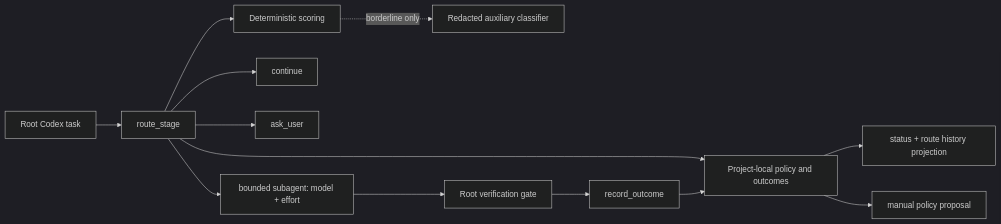
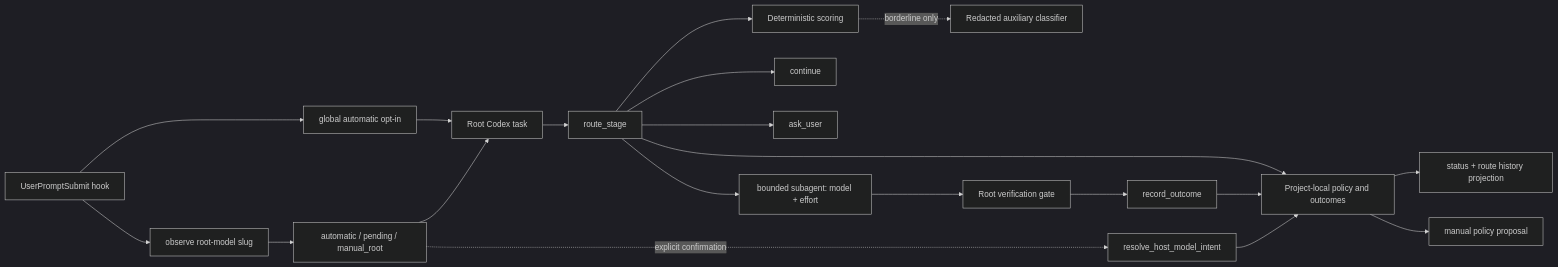
The diagram in docs/ARCHITECTURE.md (Neil0619/adaptive-model-router), drawn with Mermaid (dark theme) before and after one commit. The commit also changed other lines of this file and 34 other files, not shown here.

Commit message:
feat: add global automatic model routing

````diff
--- a/docs/ARCHITECTURE.md
+++ b/docs/ARCHITECTURE.md
@@ -9,15 +9,22 @@
 ```mermaid
 flowchart LR
-    Root["Root Codex task"] --> Route["route_stage"]
+    Prompt["UserPromptSubmit hook"] --> OptIn["global automatic opt-in"]
+    Prompt --> Observe["observe root-model slug"]
+    Observe --> Intent["automatic / pending / manual_root"]
+    OptIn --> Root["Root Codex task"]
+    Intent --> Root
+    Root --> Route["route_stage"]
     Route --> Deterministic["Deterministic scoring"]
     Deterministic -. "borderline only" .-> Classifier["Redacted auxiliary classifier"]
     Route --> SQLite["Project-local policy and outcomes"]
     Route --> Continue["continue"]
     Route --> Ask["ask_user"]
     Route --> Delegate["bounded subagent: model + effort"]
     Delegate --> Verify["Root verification gate"]
     Verify --> Outcome["record_outcome"]
     Outcome --> SQLite
     SQLite --> History["status + route history projection"]
     SQLite --> Proposal["manual policy proposal"]
+    Intent -. "explicit confirmation" .-> Resolve["resolve_host_model_intent"]
+    Resolve --> SQLite
 ```
````
